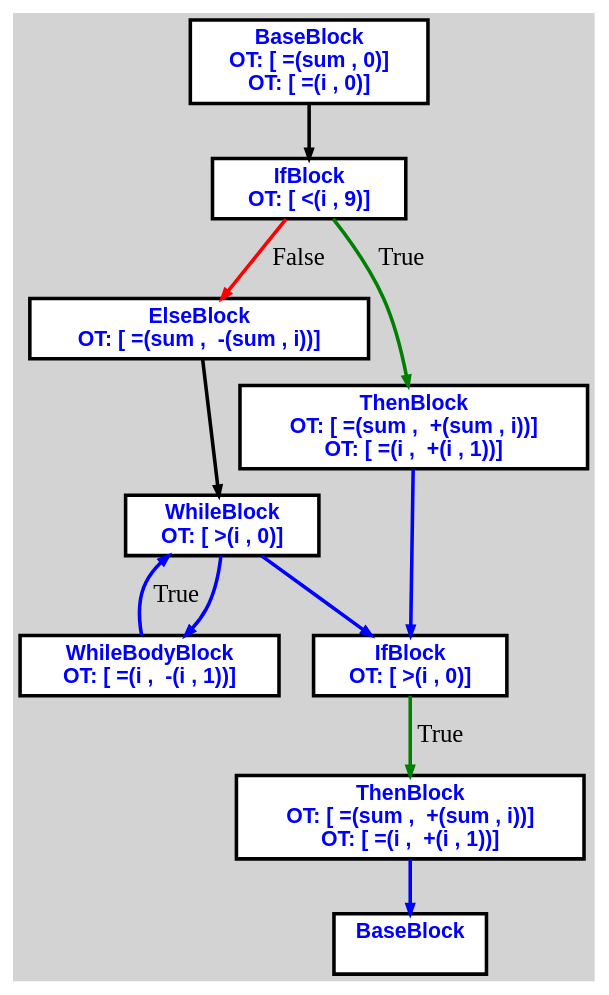
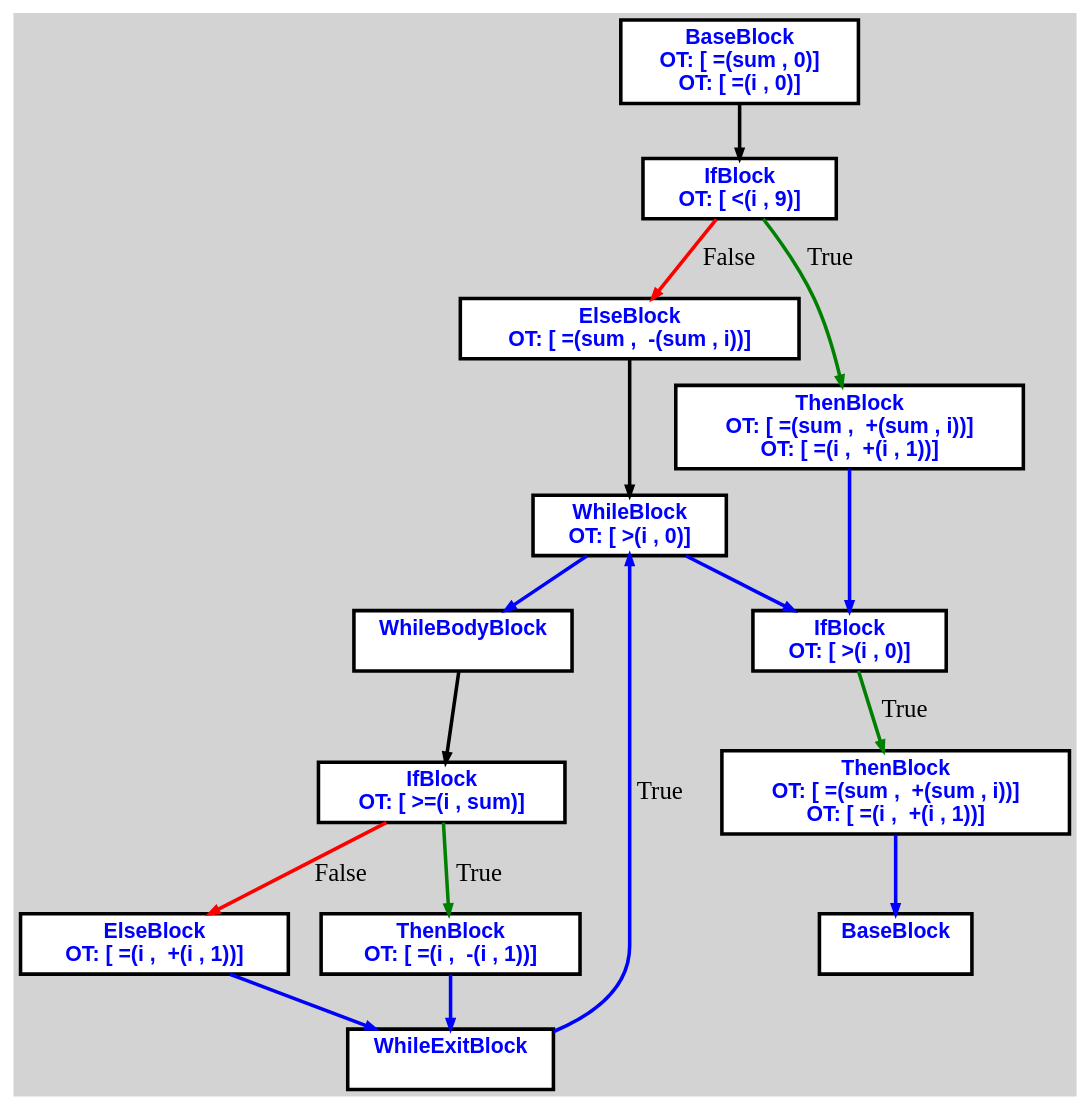
Before and after one commit to aveen007/CountingMonkeys: the diagram in cpoCompilerWin/cfgi0.dot, drawn with Graphviz. The commit also changed 7 other files, not shown here.

```diff
--- a/cpoCompilerWin/cfgi0.dot
+++ b/cpoCompilerWin/cfgi0.dot
@@ -1,37 +1,48 @@
 digraph G {
 ordering=out;
 ranksep=.4;
 bgcolor="lightgrey";  node [shape=box, fixedsize=false, fontsize=12, fontname="Helvetica-bold", fontcolor="blue"
 width=.25, height=.25, color="black", fillcolor="white", style="filled, solid, bold"];
 
-edge [arrowsize=.5, color="black", style="bold"]    n000002608868D520 [label="BaseBlock\n OT: [ =(sum , 0)]
+edge [arrowsize=.5, color="black", style="bold"]    n000002A464740DE0 [label="BaseBlock\n OT: [ =(sum , 0)]
 OT: [ =(i , 0)]
 "]
-    n000002608868D520 -> n000002608868DFA0
-    n000002608868DFA0 [label="IfBlock\n OT: [ <(i , 9)]
+    n000002A464740DE0 -> n000002A4647411D0
+    n000002A4647411D0 [label="IfBlock\n OT: [ <(i , 9)]
 "]
-    n000002608868DFA0 -> n000002608868E080 [label="False" color="red"]
-    n000002608868E080 [label="ElseBlock\n OT: [ =(sum ,  -(sum , i))]
+    n000002A4647411D0 -> n000002A4647410F0 [label="False" color="red"]
+    n000002A4647410F0 [label="ElseBlock\n OT: [ =(sum ,  -(sum , i))]
 "]
-    n000002608868E080 -> n000002608868E0F0
-    n000002608868E0F0 [label="WhileBlock\n OT: [ >(i , 0)]
+    n000002A4647410F0 -> n000002A464740830
+    n000002A464740830 [label="WhileBlock\n OT: [ >(i , 0)]
 "]
-    n000002608868D980 -> n000002608868E0F0 [label="True" color="blue"]
-    n000002608868E0F0 -> n000002608868D980 [ color="blue"]
-    n000002608868D980 [label="WhileBodyBlock\n OT: [ =(i ,  -(i , 1))]
+    n000002A464740830 -> n000002A464740D00 [ color="blue"]
+    n000002A464740D00 [label="WhileBodyBlock\n "]
+    n000002A464740D00 -> n000002A464740F30
+    n000002A464740F30 [label="IfBlock\n OT: [ >=(i , sum)]
 "]
-    n000002608868E0F0 -> n000002608868DC20 [ color="blue"]
-    n000002608868DFA0 -> n000002608868D6E0 [label="True" color="green"]
-    n000002608868D6E0 [label="ThenBlock\n OT: [ =(sum ,  +(sum , i))]
+    n000002A464740F30 -> n000002A464740BB0 [label="False" color="red"]
+    n000002A464740BB0 [label="ElseBlock\n OT: [ =(i ,  +(i , 1))]
+"]
+    n000002A464740BB0 -> n000002A464741400 [ color="blue"]
+    n000002A464740F30 -> n000002A4647414E0 [label="True" color="green"]
+    n000002A4647414E0 [label="ThenBlock\n OT: [ =(i ,  -(i , 1))]
+"]
+    n000002A4647414E0 -> n000002A464741400 [ color="blue"]
+    n000002A464741400 [label="WhileExitBlock\n "]
+    n000002A464741400 -> n000002A464740830 [label="True" color="blue"]
+    n000002A464740830 -> n000002A464741240 [ color="blue"]
+    n000002A4647411D0 -> n000002A464740C90 [label="True" color="green"]
+    n000002A464740C90 [label="ThenBlock\n OT: [ =(sum ,  +(sum , i))]
 OT: [ =(i ,  +(i , 1))]
 "]
-    n000002608868D6E0 -> n000002608868DC20 [ color="blue"]
-    n000002608868DC20 [label="IfBlock\n OT: [ >(i , 0)]
+    n000002A464740C90 -> n000002A464741240 [ color="blue"]
+    n000002A464741240 [label="IfBlock\n OT: [ >(i , 0)]
 "]
-    n000002608868DC20 -> n000002608868D600 [label="True" color="green"]
-    n000002608868D600 [label="ThenBlock\n OT: [ =(sum ,  +(sum , i))]
+    n000002A464741240 -> n000002A464741390 [label="True" color="green"]
+    n000002A464741390 [label="ThenBlock\n OT: [ =(sum ,  +(sum , i))]
 OT: [ =(i ,  +(i , 1))]
 "]
-    n000002608868D600 -> n000002608868E240 [ color="blue"]
-    n000002608868E240 [label="BaseBlock\n "]
+    n000002A464741390 -> n000002A464741550 [ color="blue"]
+    n000002A464741550 [label="BaseBlock\n "]
 }
```
